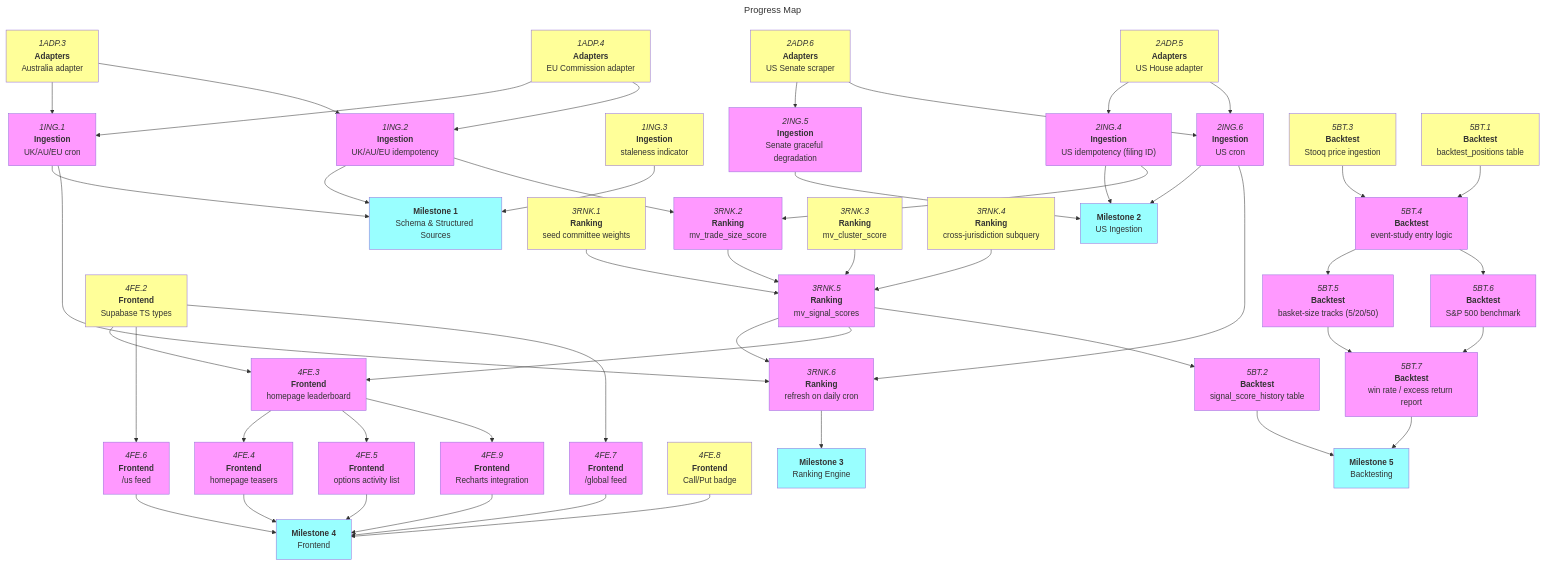
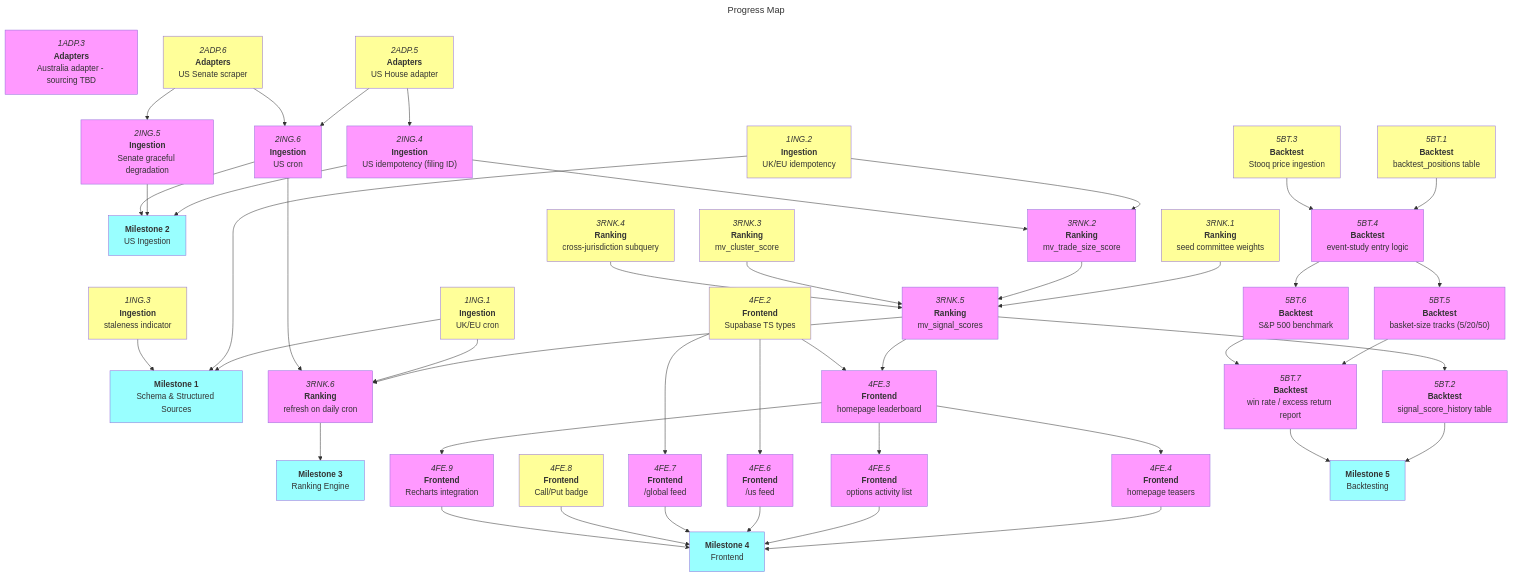
One commit to Oggie112/CrossBench changed the diagram in docs/roadmaps/mvp.md. Above: the diagram before and after it, drawn with Mermaid. The commit also changed other lines of this file and 5 other files, not shown here.

First line of the commit message:
feat(adapters): add EU Commission adapter for Commissioners' declarations

```diff
--- a/docs/roadmaps/mvp.md
+++ b/docs/roadmaps/mvp.md
@@ -181,16 +181,11 @@
 ---
 graph TD
 
-1ADP.3["`*1ADP.3*<br/>**Adapters**<br/>Australia adapter`"]:::open
-1ADP.4["`*1ADP.4*<br/>**Adapters**<br/>EU Commission adapter`"]:::open
+1ADP.3["`*1ADP.3*<br/>**Adapters**<br/>Australia adapter - sourcing TBD`"]:::blocked
 
-1ING.1["`*1ING.1*<br/>**Ingestion**<br/>UK/AU/EU cron`"]:::blocked
-1ADP.3 --> 1ING.1
-1ADP.4 --> 1ING.1
+1ING.1["`*1ING.1*<br/>**Ingestion**<br/>UK/EU cron`"]:::open
 
-1ING.2["`*1ING.2*<br/>**Ingestion**<br/>UK/AU/EU idempotency`"]:::blocked
-1ADP.3 --> 1ING.2
-1ADP.4 --> 1ING.2
+1ING.2["`*1ING.2*<br/>**Ingestion**<br/>UK/EU idempotency`"]:::open
 
 1ING.3["`*1ING.3*<br/>**Ingestion**<br/>staleness indicator`"]:::open
 
```
